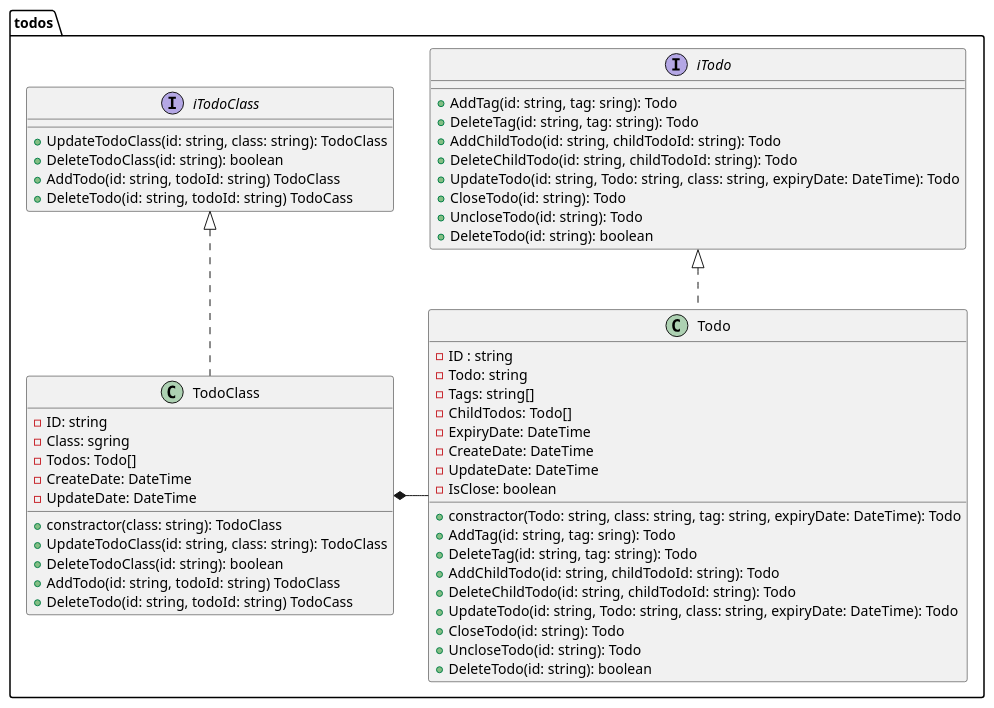
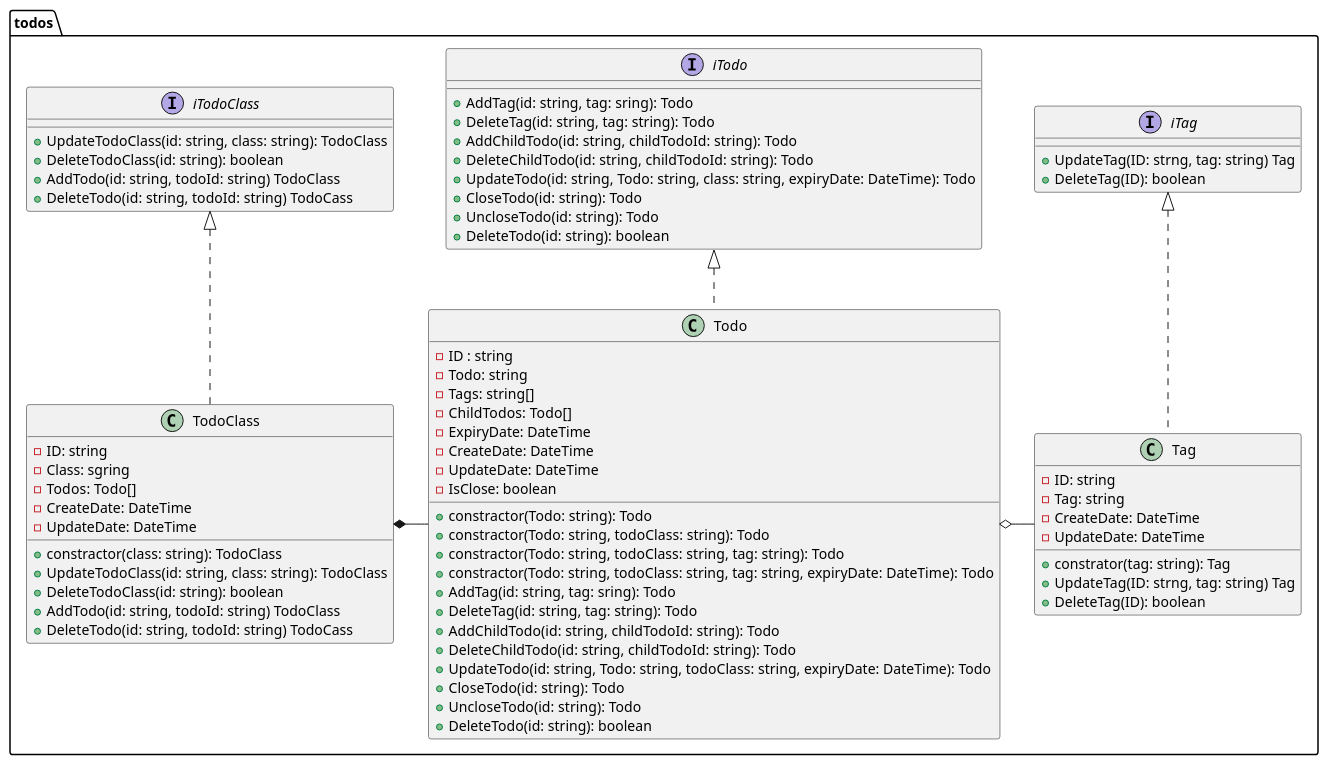
The diagram in docs/TodoUml.pu (KajiyaManzou/TodoCheckList), drawn with PlantUML before and after one commit. The commit also changed 12 other files, not shown here.

```diff
--- a/docs/TodoUml.pu
+++ b/docs/TodoUml.pu
@@ -1,63 +1,83 @@
 @startuml
 
 package todos {
 
 
 class Todo {
     - ID : string
     - Todo: string
     - Tags: string[]
     - ChildTodos: Todo[]
     - ExpiryDate: DateTime
     - CreateDate: DateTime
     - UpdateDate: DateTime
     - IsClose: boolean
-    + constractor(Todo: string, class: string, tag: string, expiryDate: DateTime): Todo
+    + constractor(Todo: string): Todo
+    + constractor(Todo: string, todoClass: string): Todo
+    + constractor(Todo: string, todoClass: string, tag: string): Todo
+    + constractor(Todo: string, todoClass: string, tag: string, expiryDate: DateTime): Todo
     + AddTag(id: string, tag: sring): Todo
     + DeleteTag(id: string, tag: string): Todo
     + AddChildTodo(id: string, childTodoId: string): Todo
     + DeleteChildTodo(id: string, childTodoId: string): Todo
-    + UpdateTodo(id: string, Todo: string, class: string, expiryDate: DateTime): Todo
+    + UpdateTodo(id: string, Todo: string, todoClass: string, expiryDate: DateTime): Todo
     + CloseTodo(id: string): Todo
     + UncloseTodo(id: string): Todo
     + DeleteTodo(id: string): boolean
 }
 
 interface iTodo {
     + AddTag(id: string, tag: sring): Todo
     + DeleteTag(id: string, tag: string): Todo
     + AddChildTodo(id: string, childTodoId: string): Todo
     + DeleteChildTodo(id: string, childTodoId: string): Todo
     + UpdateTodo(id: string, Todo: string, class: string, expiryDate: DateTime): Todo
     + CloseTodo(id: string): Todo
     + UncloseTodo(id: string): Todo
     + DeleteTodo(id: string): boolean
 }
 
 class TodoClass {
     - ID: string
     - Class: sgring
     - Todos: Todo[]
     - CreateDate: DateTime
     - UpdateDate: DateTime
     + constractor(class: string): TodoClass
     + UpdateTodoClass(id: string, class: string): TodoClass
     + DeleteTodoClass(id: string): boolean
     + AddTodo(id: string, todoId: string) TodoClass
     + DeleteTodo(id: string, todoId: string) TodoCass
 }
 
 interface iTodoClass {
     + UpdateTodoClass(id: string, class: string): TodoClass
     + DeleteTodoClass(id: string): boolean
     + AddTodo(id: string, todoId: string) TodoClass
     + DeleteTodo(id: string, todoId: string) TodoCass
 }
 
+class Tag {
+    - ID: string
+    - Tag: string
+    - CreateDate: DateTime
+    - UpdateDate: DateTime
+    + constrator(tag: string): Tag
+    + UpdateTag(ID: strng, tag: string) Tag
+    + DeleteTag(ID): boolean
+}
+
+interface iTag {
+    + UpdateTag(ID: strng, tag: string) Tag
+    + DeleteTag(ID): boolean 
+}
+
 }
 
 Todo --le--* TodoClass
+Tag --le--o Todo
 iTodo <|.. Todo
 iTodoClass <|.. TodoClass
+iTag <|.. Tag
 
 @enduml
```
